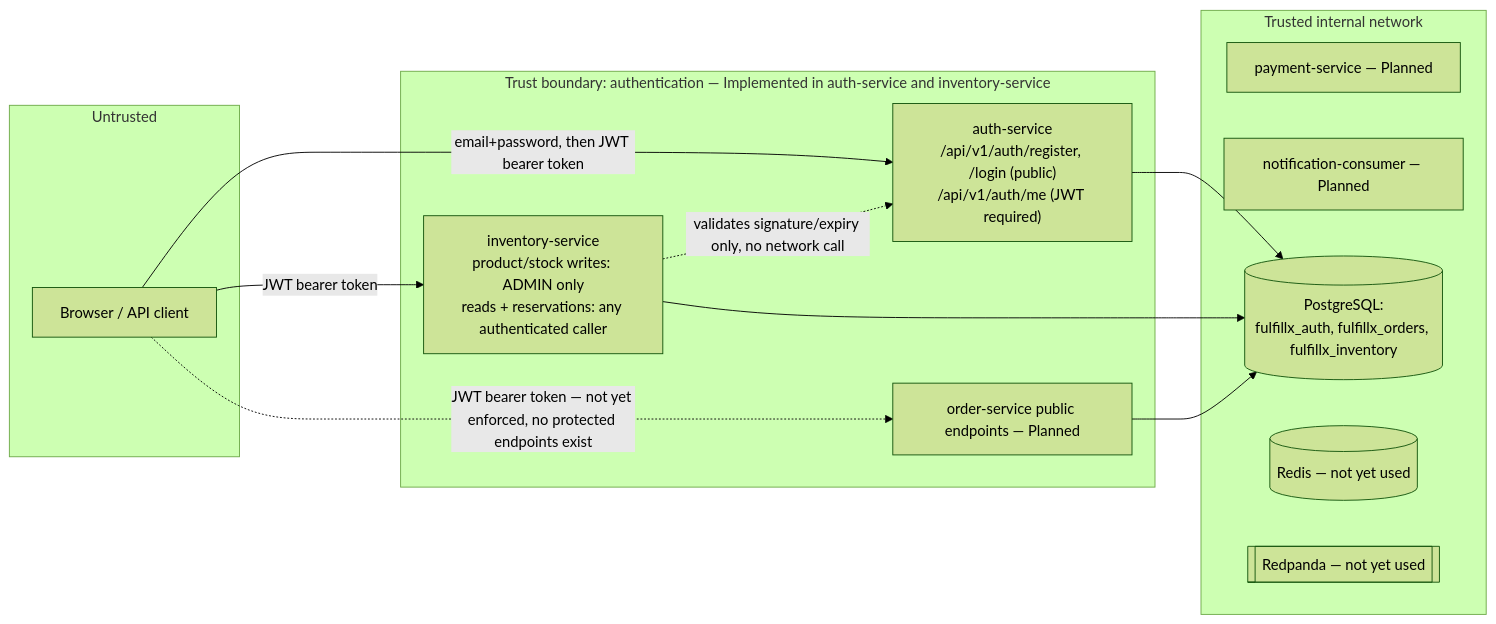
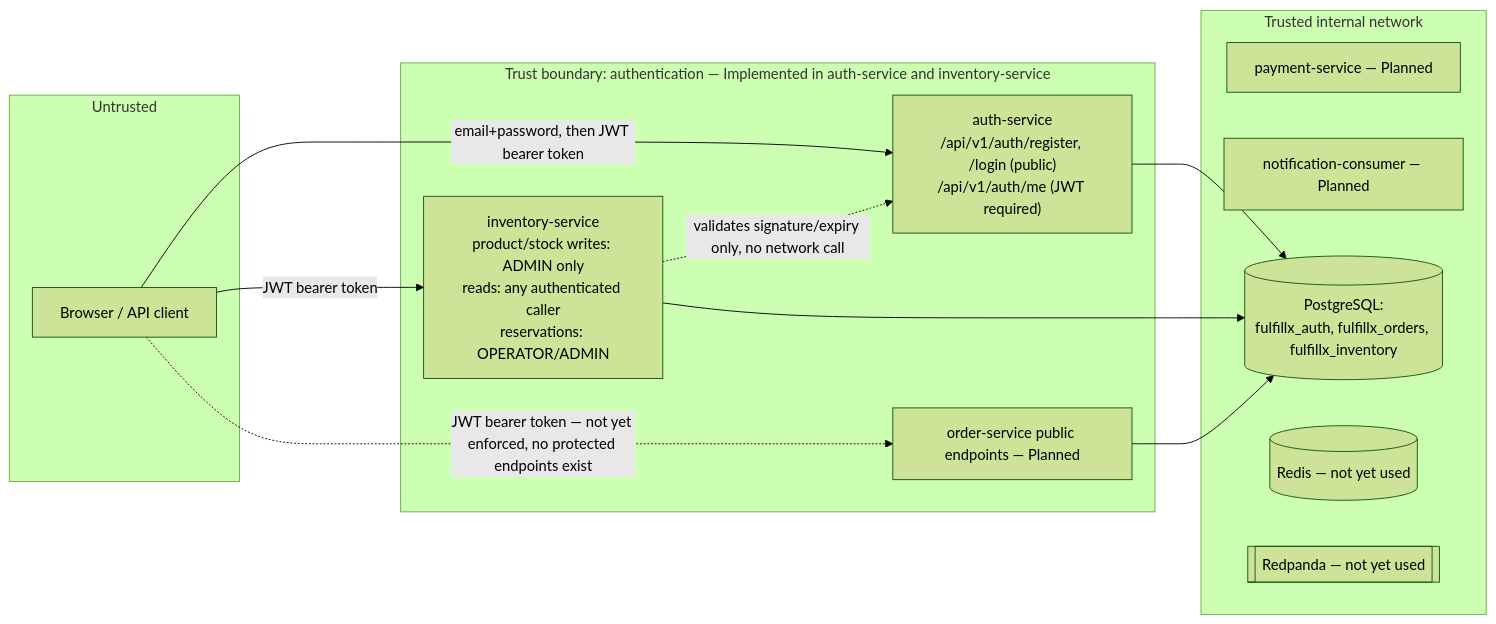
One commit to ckvishwa/fulfillx-enterprise-quality-platform changed the diagram in docs/architecture/trust-boundaries.md. Above: the diagram before and after it, drawn with Mermaid (forest theme). The commit also changed other lines of this file and 8 other files, not shown here.

First line of the commit message:
fix(inventory): restrict reservation create/release to OPERATOR/ADMIN

````diff
--- a/docs/architecture/trust-boundaries.md
+++ b/docs/architecture/trust-boundaries.md
@@ -11,26 +11,26 @@
 ```mermaid
 flowchart LR
     subgraph untrusted[Untrusted]
         browser[Browser / API client]
     end
     subgraph edge[Trust boundary: authentication — Implemented in auth-service and inventory-service]
         authsvc["auth-service<br/>/api/v1/auth/register, /login (public)<br/>/api/v1/auth/me (JWT required)"]
-        inventorysvc["inventory-service<br/>product/stock writes: ADMIN only<br/>reads + reservations: any authenticated caller"]
+        inventorysvc["inventory-service<br/>product/stock writes: ADMIN only<br/>reads: any authenticated caller<br/>reservations: OPERATOR/ADMIN"]
         gateway["order-service public endpoints — Planned"]
     end
     subgraph internal[Trusted internal network]
         payment["payment-service — Planned"]
         notif["notification-consumer — Planned"]
         pg[(PostgreSQL:<br/>fulfillx_auth, fulfillx_orders, fulfillx_inventory)]
         redis[(Redis — not yet used)]
         redpanda[[Redpanda — not yet used]]
     end
 
     browser -- "email+password, then JWT bearer token" --> authsvc
     browser -- "JWT bearer token" --> inventorysvc
     browser -. "JWT bearer token — not yet enforced, no protected endpoints exist" .-> gateway
     authsvc --> pg
     inventorysvc --> pg
     inventorysvc -. "validates signature/expiry only, no network call" .-> authsvc
     gateway --> pg
 ```
````
